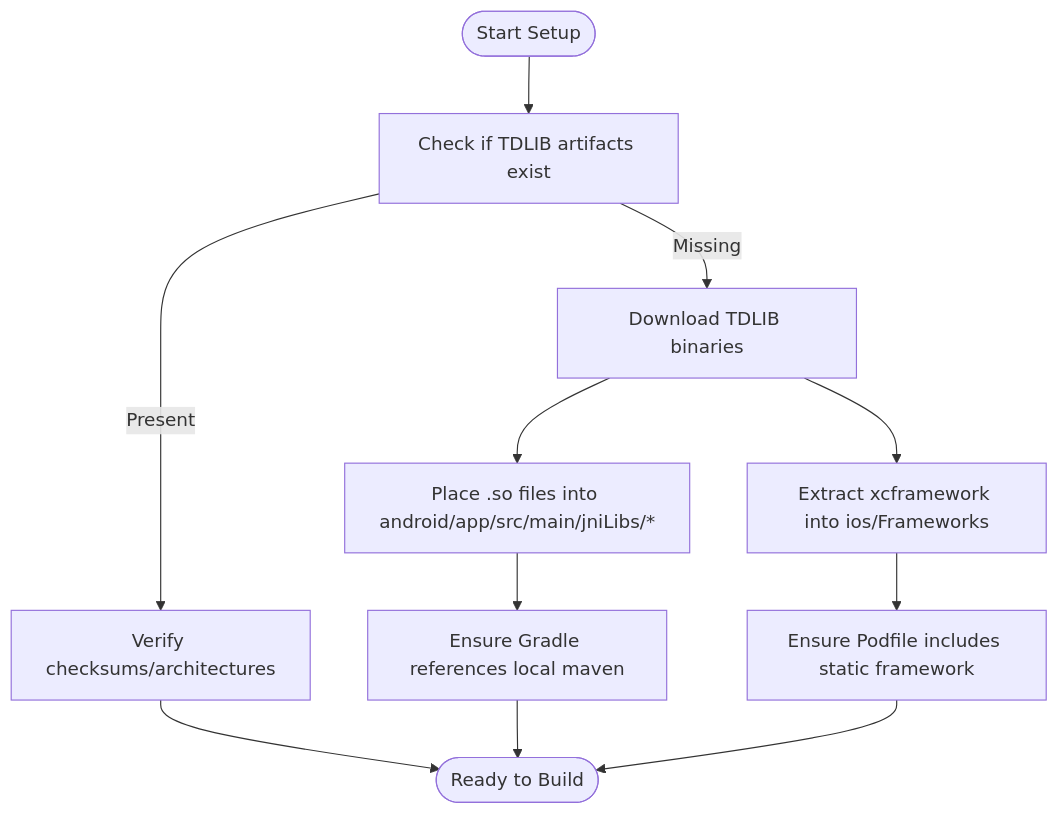
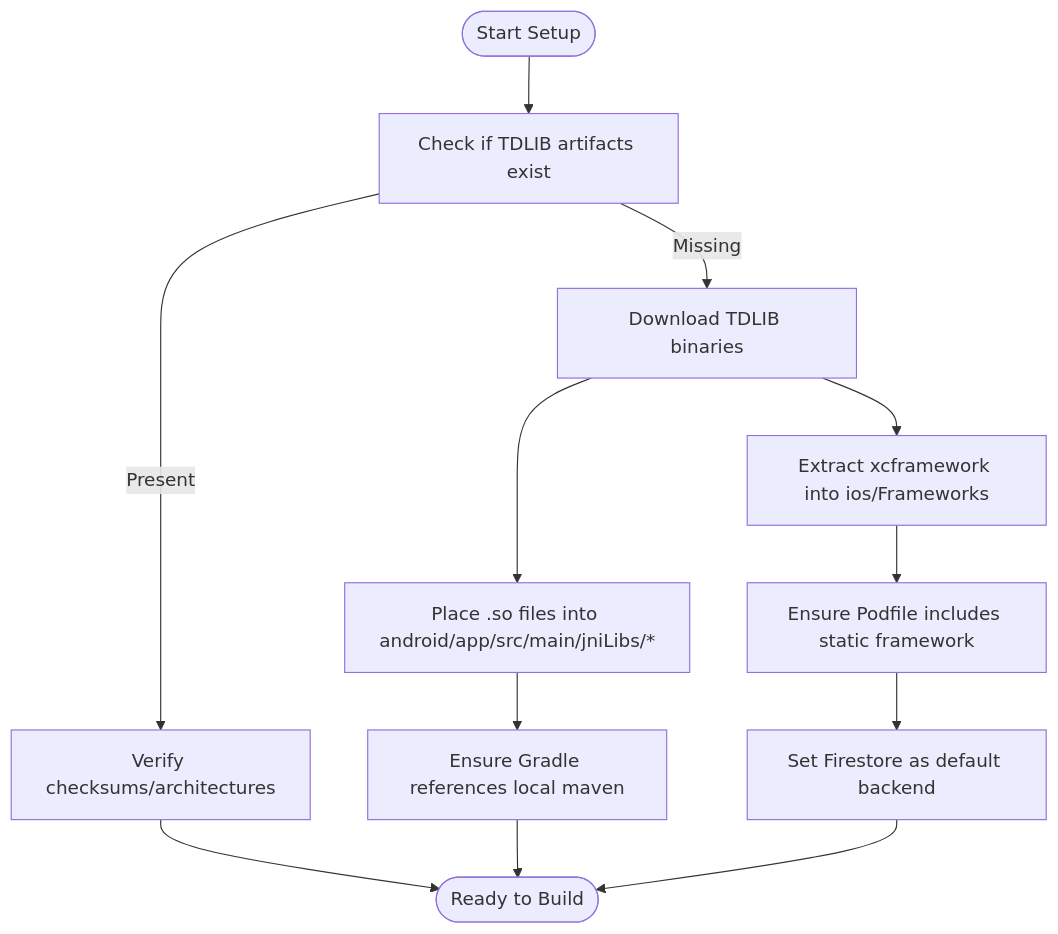
The third of 10 diagrams in .qoder/repowiki/en/content/Chat System/Telegram Integration (TDLIB).md (raihom-netizen/com.gestaoyahwehios.app), drawn with Mermaid before and after one commit. The commit also changed other lines of this file and 161 other files, not shown here.

````diff
--- a/.qoder/repowiki/en/content/Chat System/Telegram Integration (TDLIB).md
+++ b/.qoder/repowiki/en/content/Chat System/Telegram Integration (TDLIB).md
@@ -236,13 +290,14 @@
 ```mermaid
 flowchart TD
 Start(["Start Setup"]) --> CheckArtifacts["Check if TDLIB artifacts exist"]
 CheckArtifacts --> |Missing| Download["Download TDLIB binaries"]
 CheckArtifacts --> |Present| Verify["Verify checksums/architectures"]
 Download --> PlaceAndroid["Place .so files into android/app/src/main/jniLibs/*"]
 Download --> PlaceiOS["Extract xcframework into ios/Frameworks"]
 PlaceAndroid --> UpdateGradle["Ensure Gradle references local maven"]
 PlaceiOS --> UpdatePods["Ensure Podfile includes static framework"]
+UpdatePods --> DisableDefault["Set Firestore as default backend"]
 Verify --> End(["Ready to Build"])
 UpdateGradle --> End
-UpdatePods --> End
+DisableDefault --> End
 ```
````
